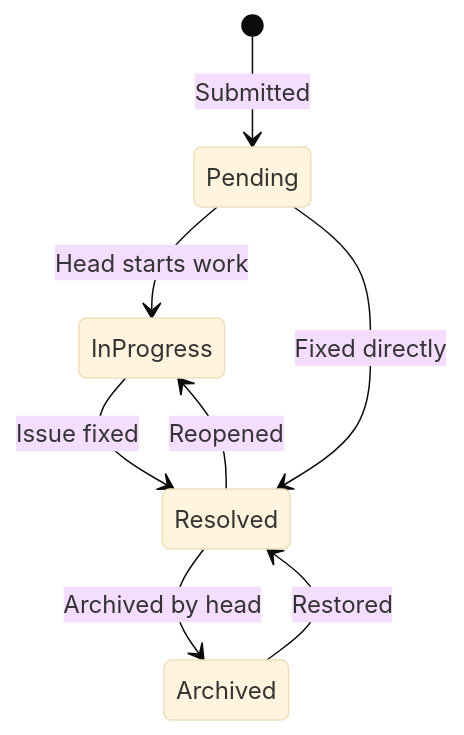
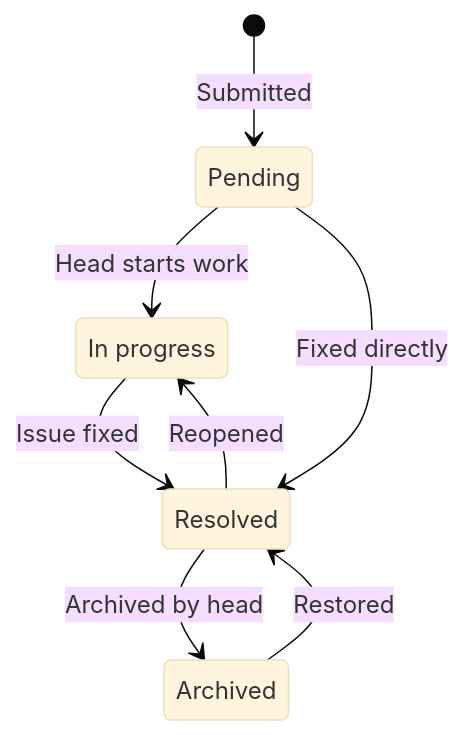
Before and after one commit to DanialZahid/university-issue-tracker: the third of 5 diagrams in README.md, drawn with Mermaid (base theme). The commit also changed other lines of this file and 7 other files, not shown here.

Commit message:
Update README with new features, diagrams, and image fallbacks.

````diff
--- a/README.md
+++ b/README.md
@@ -117,10 +203,11 @@
 ```mermaid
 stateDiagram-v2
+    state "In progress" as InProgress
     [*] --> Pending: Submitted
     Pending --> InProgress: Head starts work
     InProgress --> Resolved: Issue fixed
     Pending --> Resolved: Fixed directly
     Resolved --> InProgress: Reopened
     Resolved --> Archived: Archived by head
     Archived --> Resolved: Restored
 ```
````
